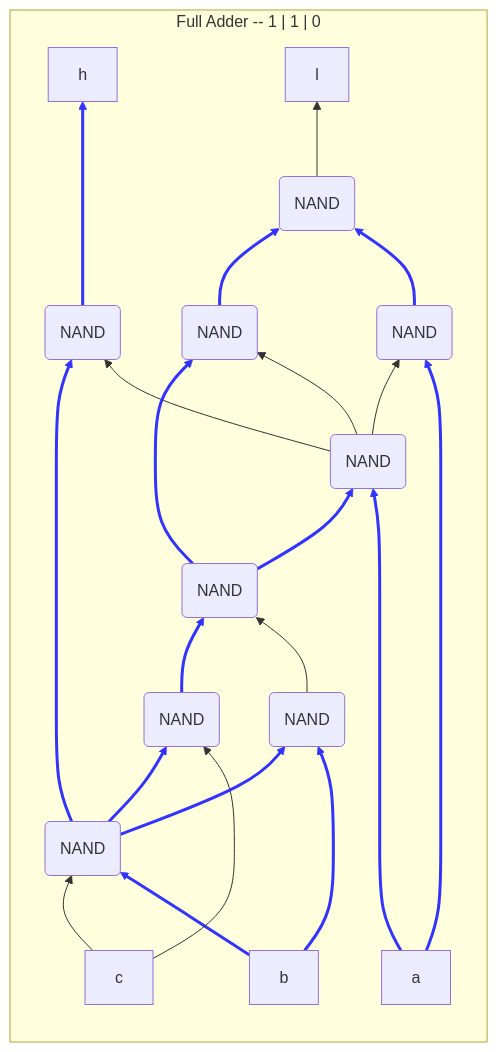
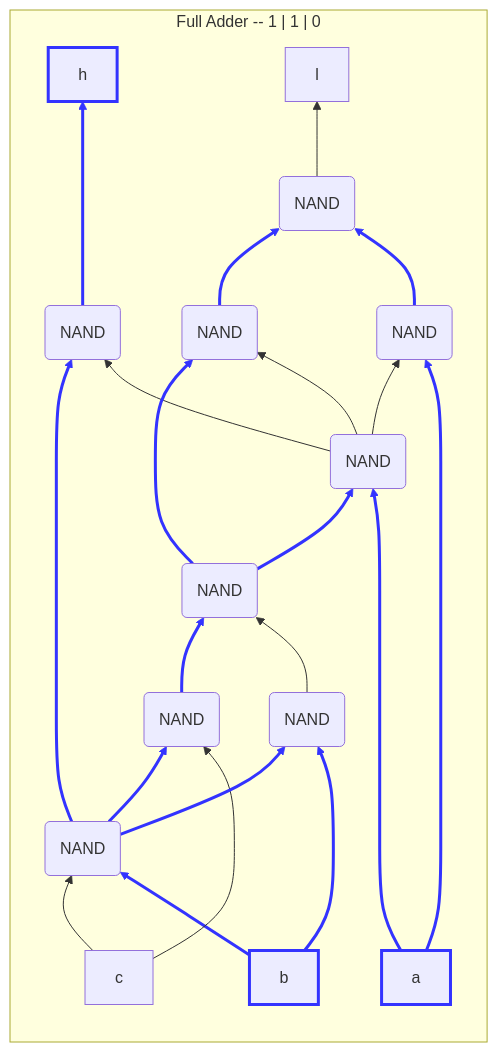
Before and after one commit to DaveyJH/nandgame: the fifth of 8 diagrams in arithmetic/full-adder.md, drawn with Mermaid. The commit also changed other lines of this file, not shown here.

````diff
--- a/arithmetic/full-adder.md
+++ b/arithmetic/full-adder.md
@@ -119,32 +122,33 @@
 ```mermaid
 flowchart BT
 subgraph "Full Adder -- 1 | 1 | 0"
 direction BT
 
-a[a]----->n1(NAND) & n2(NAND);
-b[b]-->n3(NAND) & n4(NAND);
+a[a]:::ON----->n1(NAND) & n2(NAND);
+b[b]:::ON-->n3(NAND) & n4(NAND);
 c[c]-->n4 & n5(NAND);
 n1-->n2 & n6(NAND) & n8(NAND);
 n2-->n9(NAND);
 n3-->n7(NAND);
 n4-->n3 & n6 & n5;
 n5-->n7;
-n6--->h[h];
+n6--->h[h]:::ON;
 n7-->n8 & n1;
 n8-->n9;
 n9-->l[l];
+classDef ON stroke:#33f,stroke-width:3px;
 linkStyle 0 stroke:#33f,stroke-width:3px;
 linkStyle 1 stroke:#33f,stroke-width:3px;
 linkStyle 2 stroke:#33f,stroke-width:3px;
 linkStyle 3 stroke:#33f,stroke-width:3px;
 linkStyle 9 stroke:#33f,stroke-width:3px;
 linkStyle 11 stroke:#33f,stroke-width:3px;
 linkStyle 12 stroke:#33f,stroke-width:3px;
 linkStyle 13 stroke:#33f,stroke-width:3px;
 linkStyle 14 stroke:#33f,stroke-width:3px;
 linkStyle 15 stroke:#33f,stroke-width:3px;
 linkStyle 16 stroke:#33f,stroke-width:3px;
 linkStyle 17 stroke:#33f,stroke-width:3px;
 linkStyle 18 stroke:#33f,stroke-width:3px;
 end
 ```
````
